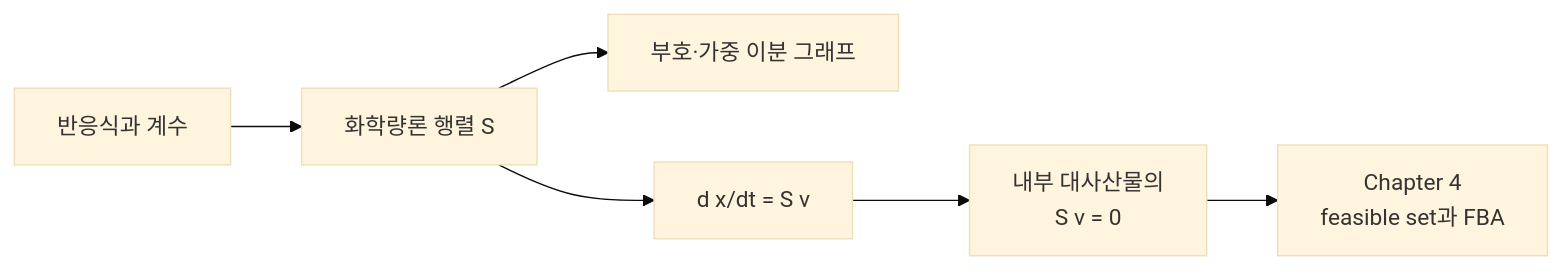
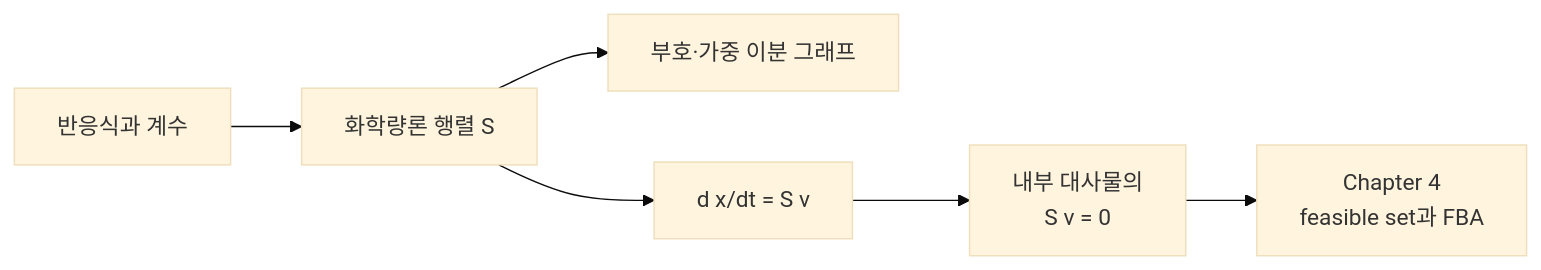
The diagram in chapter-2/README.md (jyryu3161/ebook_metabolic_modeling), drawn with Mermaid (base theme) before and after one commit. The commit also changed other lines of this file and 4 other files, not shown here.

````diff
--- a/chapter-2/README.md
+++ b/chapter-2/README.md
@@ -35,8 +35,8 @@
 ```mermaid
 flowchart LR
     R["반응식과 계수"] --> S["화학량론 행렬 S"]
     S --> G["부호·가중 이분 그래프"]
     S --> D["d x/dt = S v"]
-    D --> SS["내부 대사산물의<br/>S v = 0"]
+    D --> SS["내부 대사물의<br/>S v = 0"]
     SS --> F["Chapter 4<br/>feasible set과 FBA"]
 ```
````
